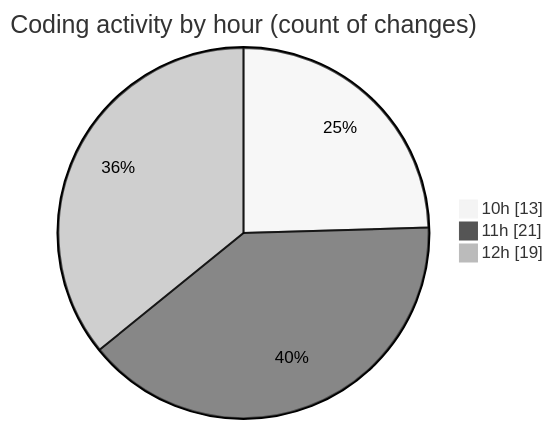
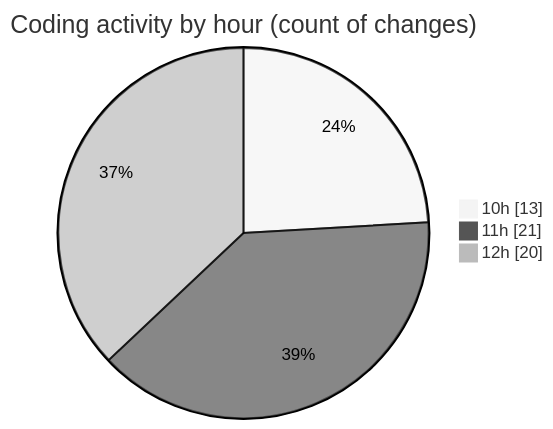
The second of 2 diagrams in 2025-06-19/cda/README.md (momahboobian/code-tracking), drawn with Mermaid (neutral theme) before and after one commit. The commit also changed other lines of this file and 1 other file, not shown here.

````diff
--- a/2025-06-19/cda/README.md
+++ b/2025-06-19/cda/README.md
@@ -36,7 +36,7 @@
 ```mermaid
 pie showData
 title Coding activity by hour (count of changes)
 "10h" : 13
 "11h" : 21
-"12h" : 19
+"12h" : 20
 ```
````
